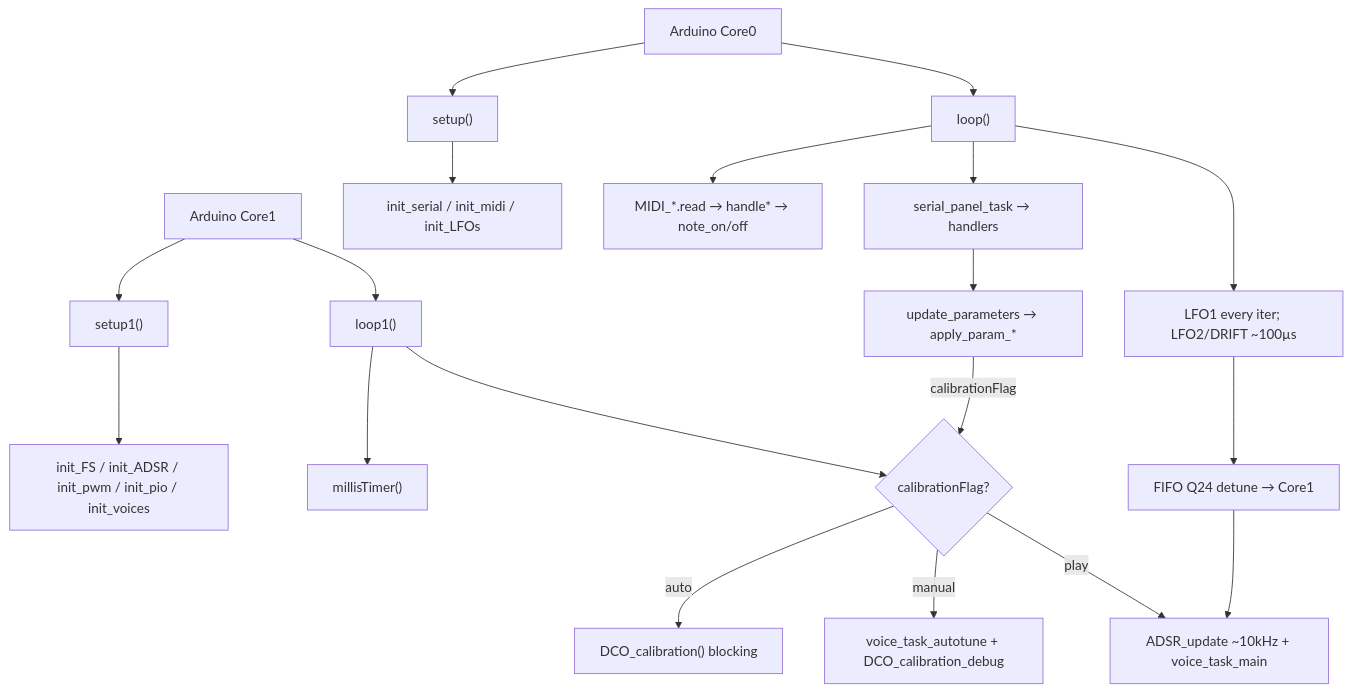
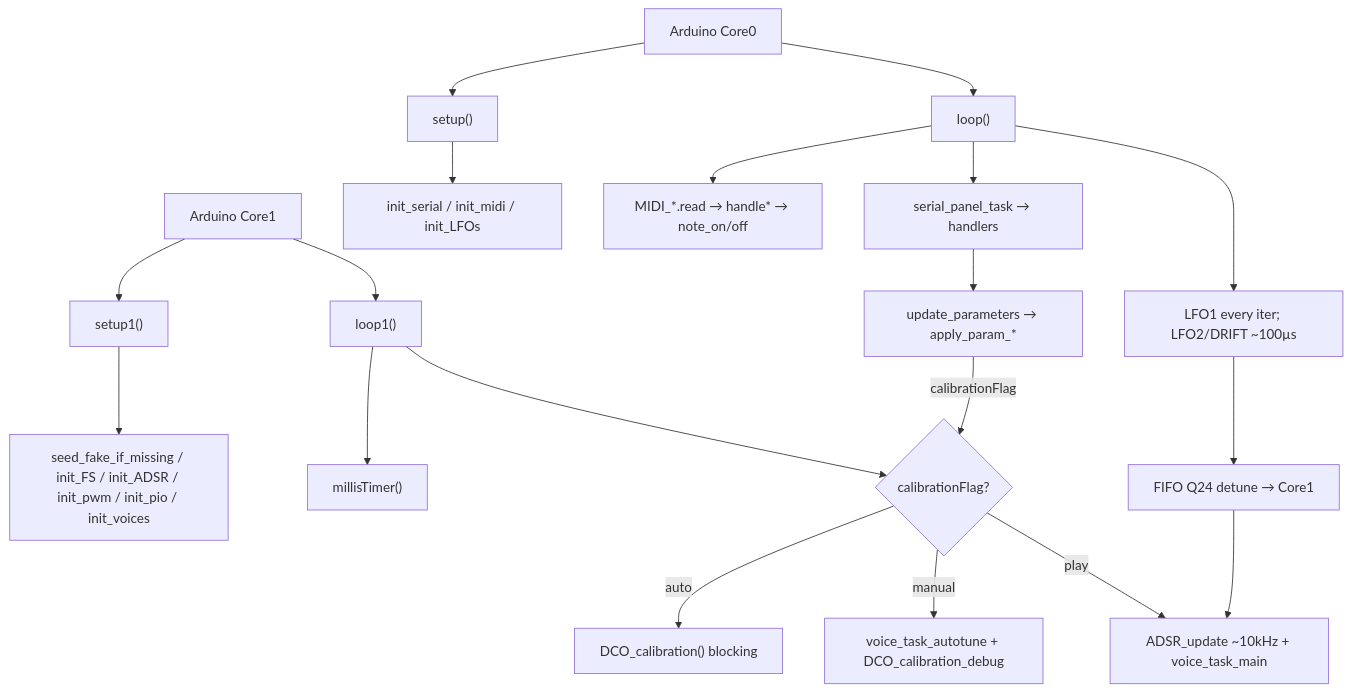
Before and after one commit to felipegaspari/DCO4-REBORN-DCO: the diagram in docs/FILE_INDEX.md, drawn with Mermaid. The commit also changed other lines of this file and 43 other files, not shown here.

````diff
--- a/docs/FILE_INDEX.md
+++ b/docs/FILE_INDEX.md
@@ -17,25 +18,25 @@
 ```mermaid
 flowchart TD
   fw0["Arduino Core0"] --> setup0["setup()"]
   fw0 --> loop0["loop()"]
   fw1["Arduino Core1"] --> setup1["setup1()"]
   fw1 --> loop1["loop1()"]
 
   setup0 --> initSerial["init_serial / init_midi / init_LFOs"]
-  setup1 --> initCore1["init_FS / init_ADSR / init_pwm / init_pio / init_voices"]
+  setup1 --> initCore1["seed_fake_if_missing / init_FS / init_ADSR / init_pwm / init_pio / init_voices"]
 
   loop0 --> midiRead["MIDI_*.read → handle* → note_on/off"]
   loop0 --> serialTask["serial_panel_task → handlers"]
   loop0 --> lfo["LFO1 every iter; LFO2/DRIFT ~100µs"]
   lfo --> fifo["FIFO Q24 detune → Core1"]
 
   serialTask --> updParam["update_parameters → apply_param_*"]
   updParam -->|calibrationFlag| calBranch
 
   loop1 --> millis["millisTimer()"]
   loop1 --> calBranch{"calibrationFlag?"}
   calBranch -->|auto| dcoCal["DCO_calibration() blocking"]
   calBranch -->|manual| manCal["voice_task_autotune + DCO_calibration_debug"]
   calBranch -->|play| play["ADSR_update ~10kHz + voice_task_main"]
   fifo --> play
 ```
````
